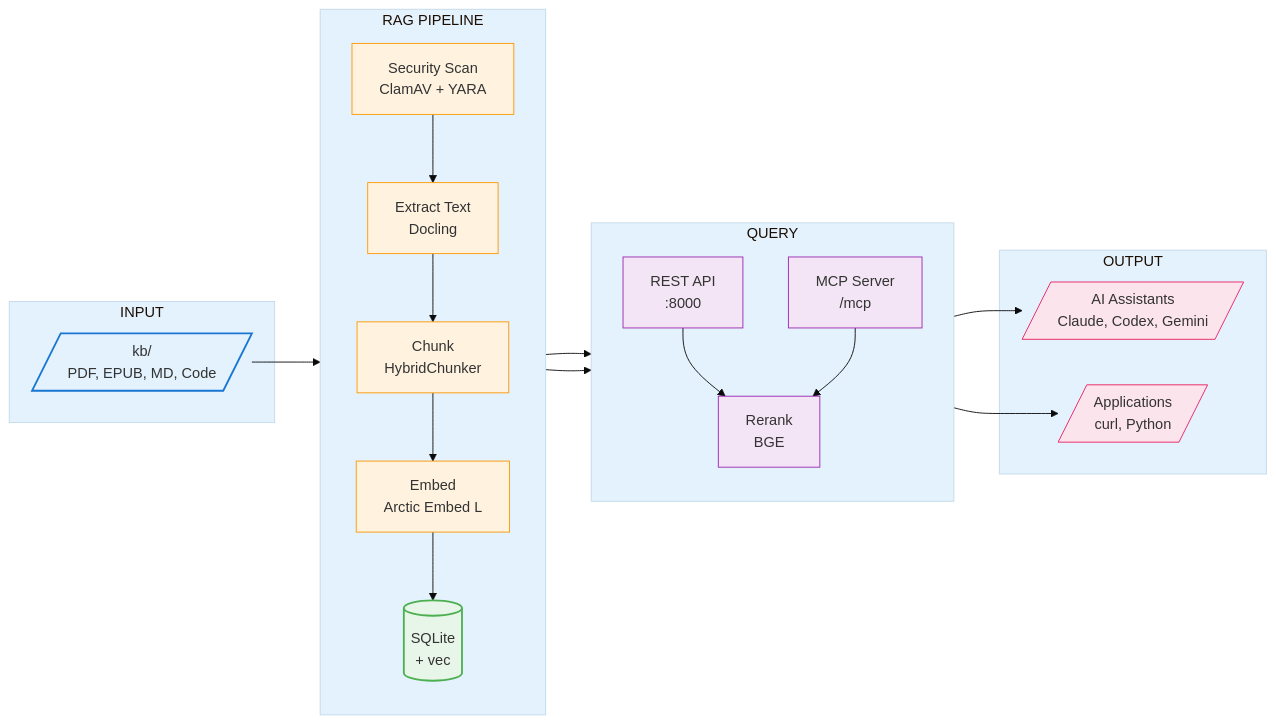
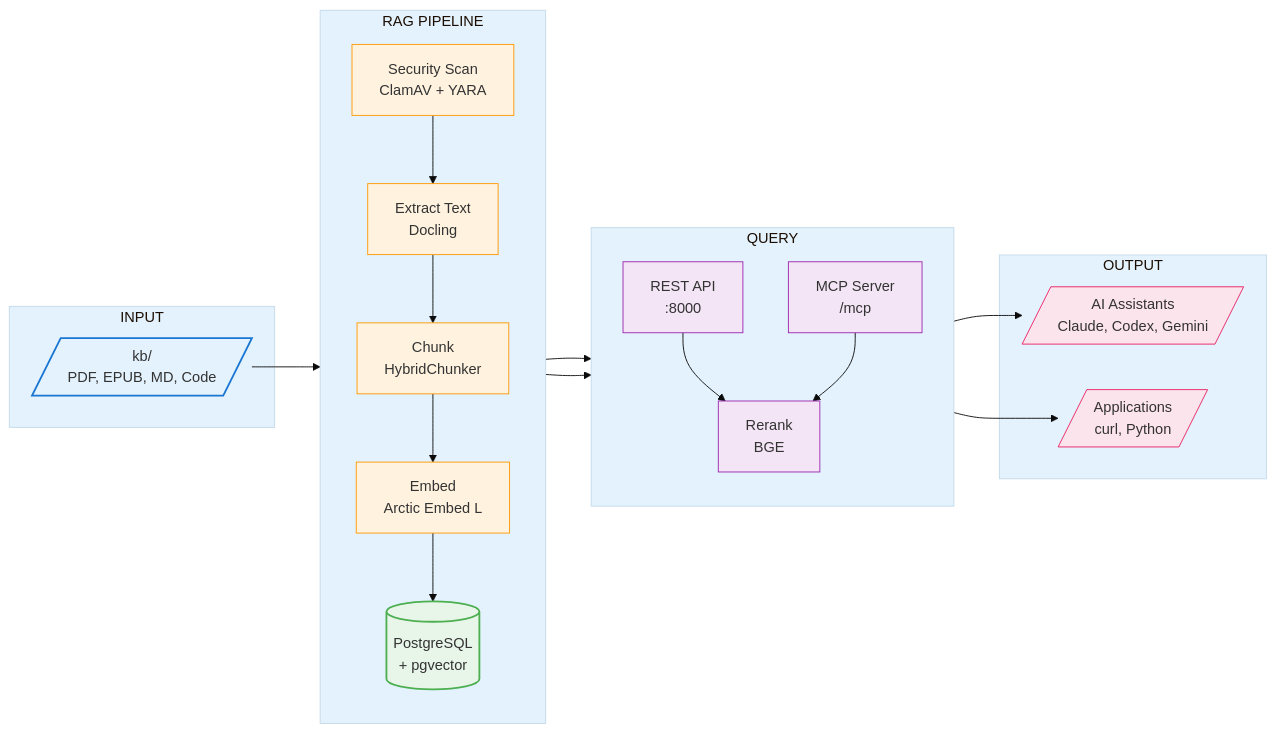
Before and after one commit to KatanaQuant/rag-kb: the diagram in docs/diagrams/architecture.mmd, drawn with Mermaid. The commit also changed 114 other files, not shown here.

First line of the commit message:
v2.3.0-beta: PostgreSQL + pgvector migration

```diff
--- a/docs/diagrams/architecture.mmd
+++ b/docs/diagrams/architecture.mmd
@@ -1,52 +1,52 @@
 %%{init: {'theme': 'base', 'themeVariables': { 'primaryColor': '#e8f5e9', 'secondaryColor': '#fff3e0', 'tertiaryColor': '#e3f2fd'}}}%%
 flowchart LR
     subgraph Input["INPUT"]
         Files[/"kb/<br/>PDF, EPUB, MD, Code"/]
     end
 
     subgraph Pipeline["RAG PIPELINE"]
         direction TB
         Sec[Security Scan<br/>ClamAV + YARA]
         Ext[Extract Text<br/>Docling]
         Chunk[Chunk<br/>HybridChunker]
         Embed[Embed<br/>Arctic Embed L]
-        DB[(SQLite<br/>+ vec)]
+        DB[(PostgreSQL<br/>+ pgvector)]
     end
 
     subgraph Query["QUERY"]
         direction TB
         API[REST API<br/>:8000]
         MCP[MCP Server<br/>/mcp]
         Rerank[Rerank<br/>BGE]
     end
 
     subgraph Output["OUTPUT"]
         IDE[/"AI Assistants<br/>Claude, Codex, Gemini"/]
         App[/"Applications<br/>curl, Python"/]
     end
 
     Files --> Sec
     Sec --> Ext
     Ext --> Chunk
     Chunk --> Embed
     Embed --> DB
 
     DB --> API
     DB --> MCP
     API --> Rerank
     MCP --> Rerank
 
     Rerank --> IDE
     Rerank --> App
 
     classDef input fill:#e3f2fd,stroke:#1976d2,stroke-width:2px
     classDef pipeline fill:#fff3e0,stroke:#ff9800,stroke-width:1px
     classDef store fill:#e8f5e9,stroke:#4caf50,stroke-width:2px
     classDef query fill:#f3e5f5,stroke:#9c27b0,stroke-width:1px
     classDef output fill:#fce4ec,stroke:#e91e63,stroke-width:1px
 
     class Files input
     class Sec,Ext,Chunk,Embed pipeline
     class DB store
     class API,MCP,Rerank query
     class IDE,App output
```
